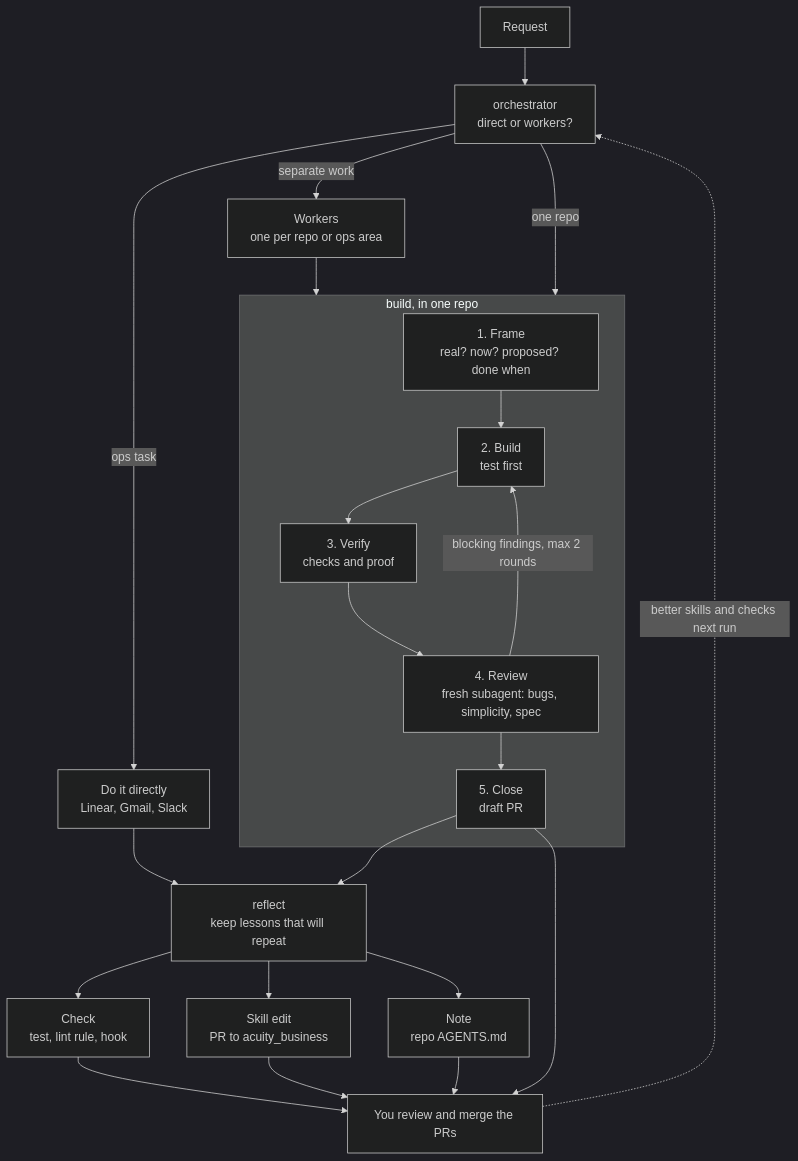
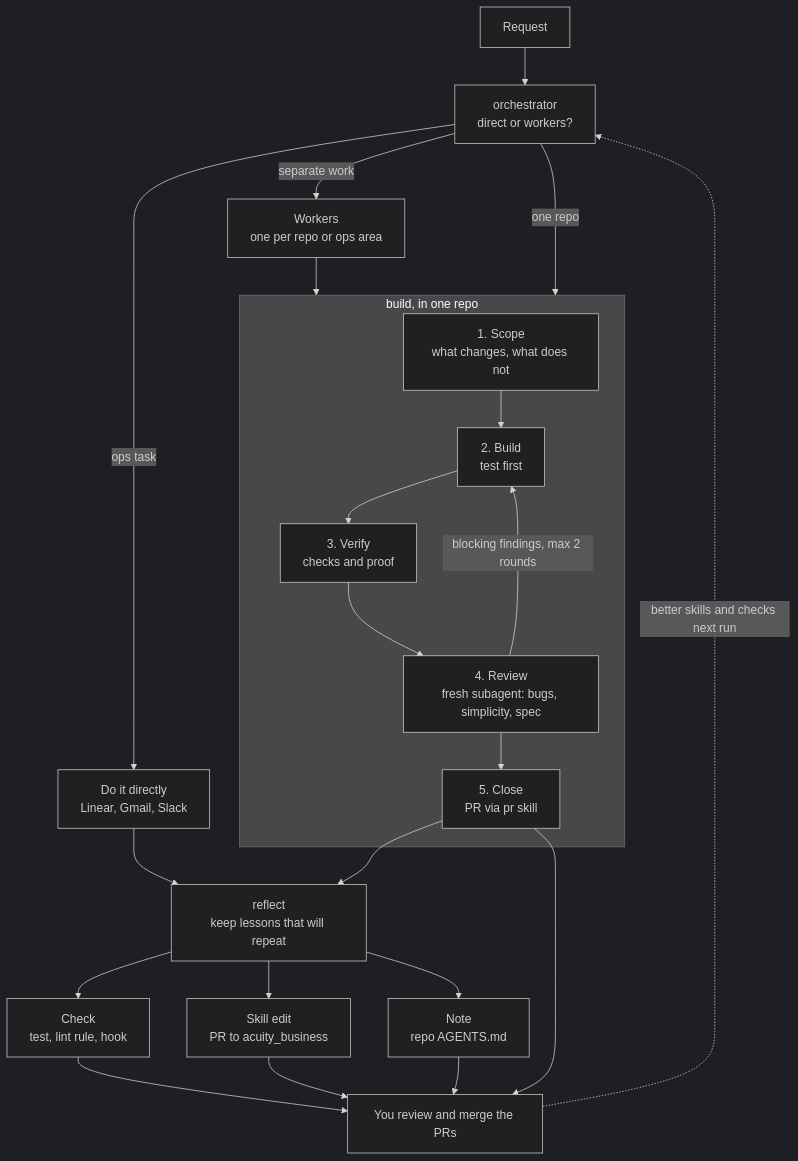
One commit to chasef07/acuity_business changed the diagram in README.md. Above: the diagram before and after it, drawn with Mermaid (dark theme). The commit also changed other lines of this file and 6 other files, not shown here.

First line of the commit message:
refactor(build): replace frame with scope and hand PRs to the pr skill

````diff
--- a/README.md
+++ b/README.md
@@ -8,28 +8,28 @@
 ```mermaid
 flowchart TD
     REQ["Request"] --> ORC["orchestrator<br/>direct or workers?"]
     ORC -->|"ops task"| OPS["Do it directly<br/>Linear, Gmail, Slack"]
     ORC -->|"one repo"| BUILD
     ORC -->|"separate work"| WRK["Workers<br/>one per repo or ops area"]
     WRK --> BUILD
 
     subgraph BUILD["build, in one repo"]
-        FRAME["1. Frame<br/>real? now? proposed? done when"] --> CODE["2. Build<br/>test first"]
+        SCOPE["1. Scope<br/>what changes, what does not"] --> CODE["2. Build<br/>test first"]
         CODE --> VERIFY["3. Verify<br/>checks and proof"]
         VERIFY --> REVIEW["4. Review<br/>fresh subagent: bugs, simplicity, spec"]
         REVIEW -->|"blocking findings, max 2 rounds"| CODE
-        REVIEW --> CLOSE["5. Close<br/>draft PR"]
+        REVIEW --> CLOSE["5. Close<br/>PR via pr skill"]
     end
 
     OPS --> REFLECT
     CLOSE --> REFLECT["reflect<br/>keep lessons that will repeat"]
     REFLECT --> CHECK["Check<br/>test, lint rule, hook"]
     REFLECT --> SKILL["Skill edit<br/>PR to acuity_business"]
     REFLECT --> NOTE["Note<br/>repo AGENTS.md"]
 
     CLOSE --> YOU["You review and merge the PRs"]
     CHECK --> YOU
     SKILL --> YOU
     NOTE --> YOU
     YOU -.->|"better skills and checks next run"| ORC
 ```
````
